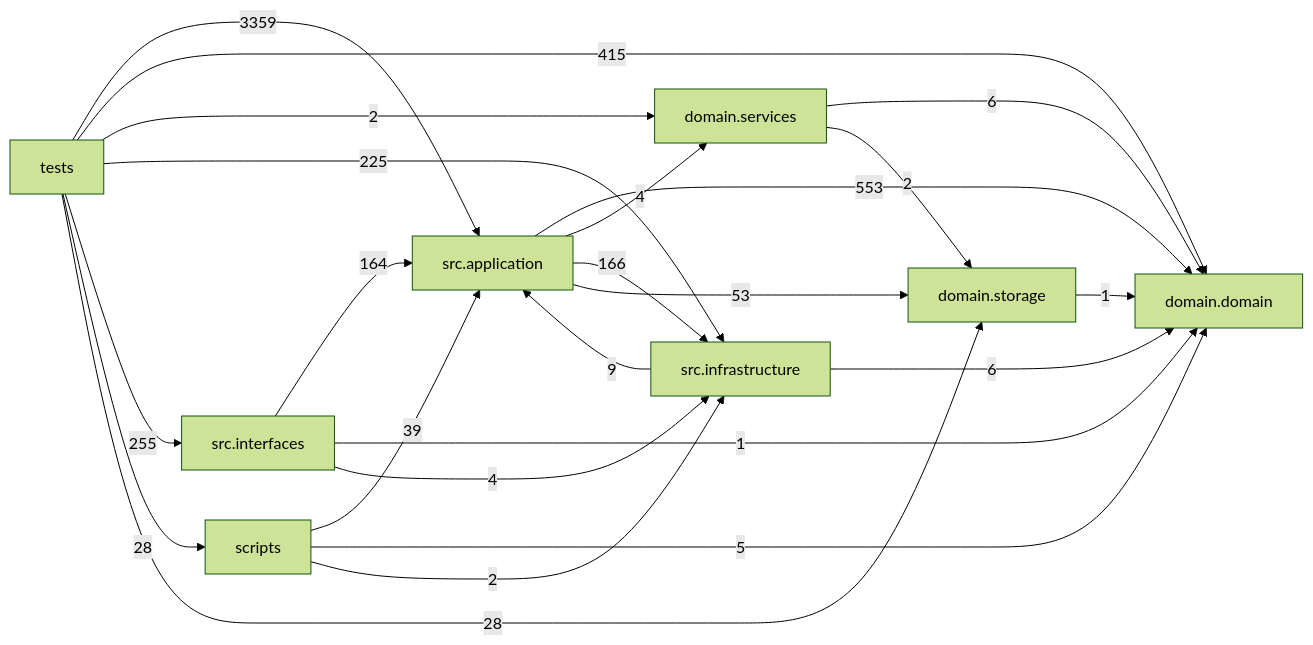
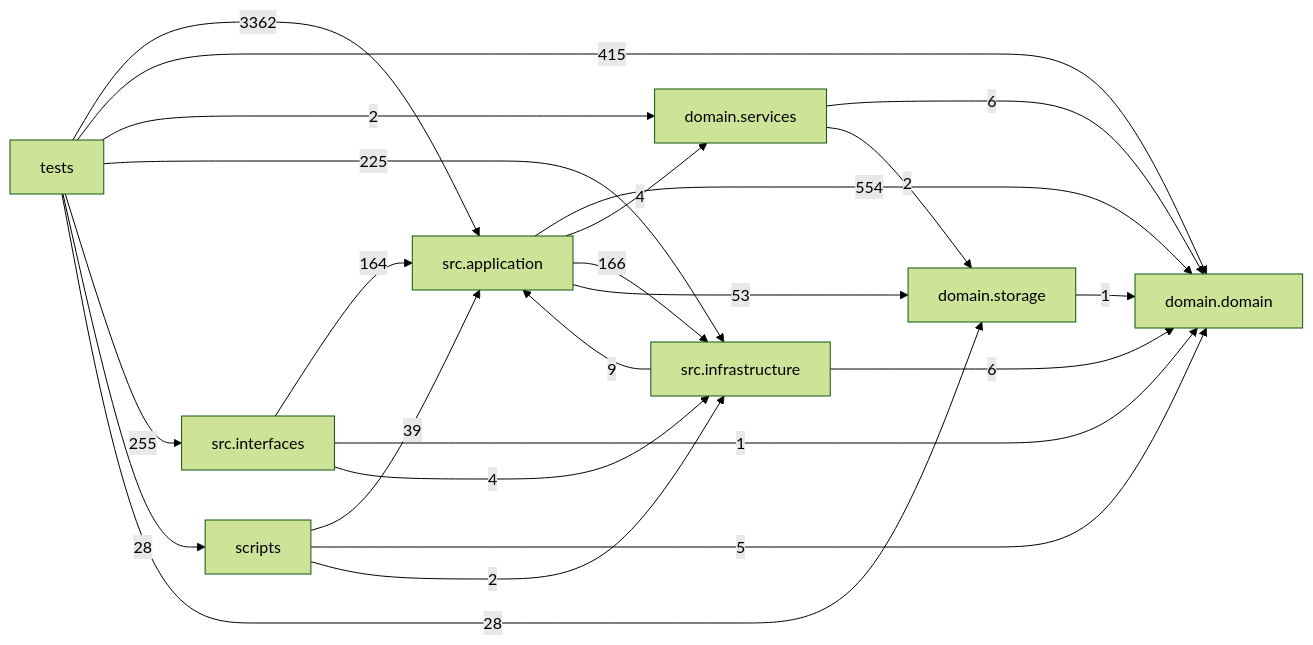
The diagram in docs/DEPENDENCY_GRAPH.md (liuxie066/options-monitor), drawn with Mermaid (forest theme) before and after one commit. The commit also changed other lines of this file and 11 other files, not shown here.

````diff
--- a/docs/DEPENDENCY_GRAPH.md
+++ b/docs/DEPENDENCY_GRAPH.md
@@ -24,33 +24,33 @@
 ```mermaid
 flowchart LR
   tests["tests"]
   scripts["scripts"]
   interfaces["src.interfaces"]
   application["src.application"]
   infrastructure["src.infrastructure"]
   domain_services["domain.services"]
   domain["domain.domain"]
   storage["domain.storage"]
-  application -->|553| domain
+  application -->|554| domain
   application -->|4| domain_services
   application -->|166| infrastructure
   application -->|53| storage
   domain_services -->|6| domain
   domain_services -->|2| storage
   infrastructure -->|9| application
   infrastructure -->|6| domain
   interfaces -->|164| application
   interfaces -->|1| domain
   interfaces -->|4| infrastructure
   scripts -->|39| application
   scripts -->|5| domain
   scripts -->|2| infrastructure
   storage -->|1| domain
-  tests -->|3359| application
+  tests -->|3362| application
   tests -->|415| domain
   tests -->|2| domain_services
   tests -->|225| infrastructure
   tests -->|255| interfaces
   tests -->|28| scripts
   tests -->|28| storage
 ```
````
